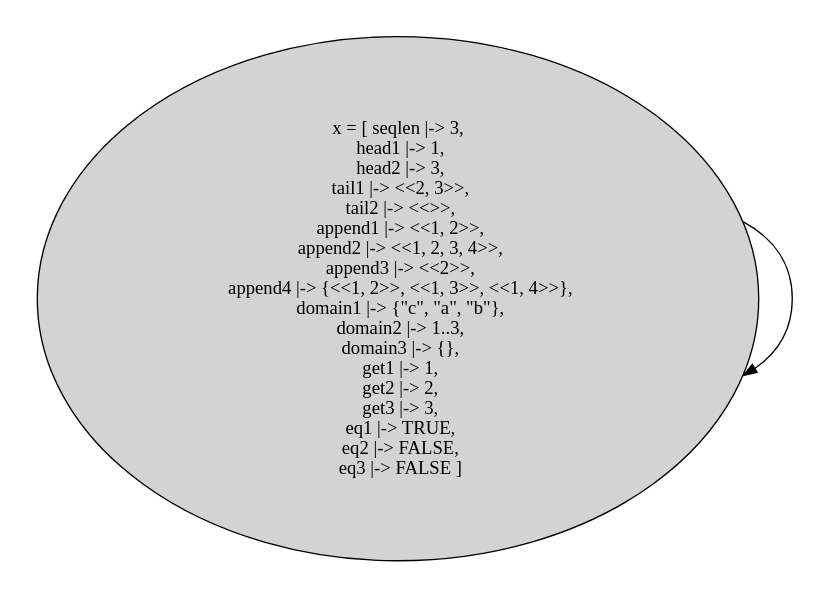
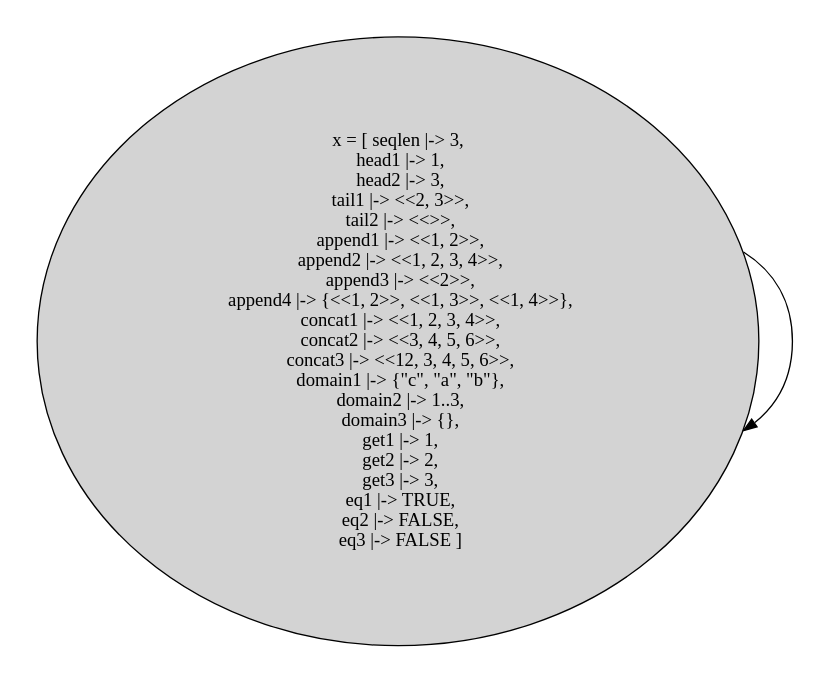
The diagram in specs/with_state_graphs/simple_seq.tla.dot (will62794/tla-web), drawn with Graphviz before and after one commit. The commit also changed 3 other files, not shown here.

```diff
--- a/specs/with_state_graphs/simple_seq.tla.dot
+++ b/specs/with_state_graphs/simple_seq.tla.dot
@@ -1,9 +1,9 @@
 strict digraph DiskGraph {
 nodesep=0.35;
 subgraph cluster_graph {
 color="white";
-7494353129033501574 [label="x = [ seqlen |-> 3,\n  head1 |-> 1,\n  head2 |-> 3,\n  tail1 |-> <<2, 3>>,\n  tail2 |-> <<>>,\n  append1 |-> <<1, 2>>,\n  append2 |-> <<1, 2, 3, 4>>,\n  append3 |-> <<2>>,\n  append4 |-> {<<1, 2>>, <<1, 3>>, <<1, 4>>},\n  domain1 |-> {\"c\", \"a\", \"b\"},\n  domain2 |-> 1..3,\n  domain3 |-> {},\n  get1 |-> 1,\n  get2 |-> 2,\n  get3 |-> 3,\n  eq1 |-> TRUE,\n  eq2 |-> FALSE,\n  eq3 |-> FALSE ]",style = filled]
-7494353129033501574 -> 7494353129033501574 [label="",color="black",fontcolor="black"];
-{rank = same; 7494353129033501574;}
+1903248553013919169 [label="x = [ seqlen |-> 3,\n  head1 |-> 1,\n  head2 |-> 3,\n  tail1 |-> <<2, 3>>,\n  tail2 |-> <<>>,\n  append1 |-> <<1, 2>>,\n  append2 |-> <<1, 2, 3, 4>>,\n  append3 |-> <<2>>,\n  append4 |-> {<<1, 2>>, <<1, 3>>, <<1, 4>>},\n  concat1 |-> <<1, 2, 3, 4>>,\n  concat2 |-> <<3, 4, 5, 6>>,\n  concat3 |-> <<12, 3, 4, 5, 6>>,\n  domain1 |-> {\"c\", \"a\", \"b\"},\n  domain2 |-> 1..3,\n  domain3 |-> {},\n  get1 |-> 1,\n  get2 |-> 2,\n  get3 |-> 3,\n  eq1 |-> TRUE,\n  eq2 |-> FALSE,\n  eq3 |-> FALSE ]",style = filled]
+1903248553013919169 -> 1903248553013919169 [label="",color="black",fontcolor="black"];
+{rank = same; 1903248553013919169;}
 }
 }
```
